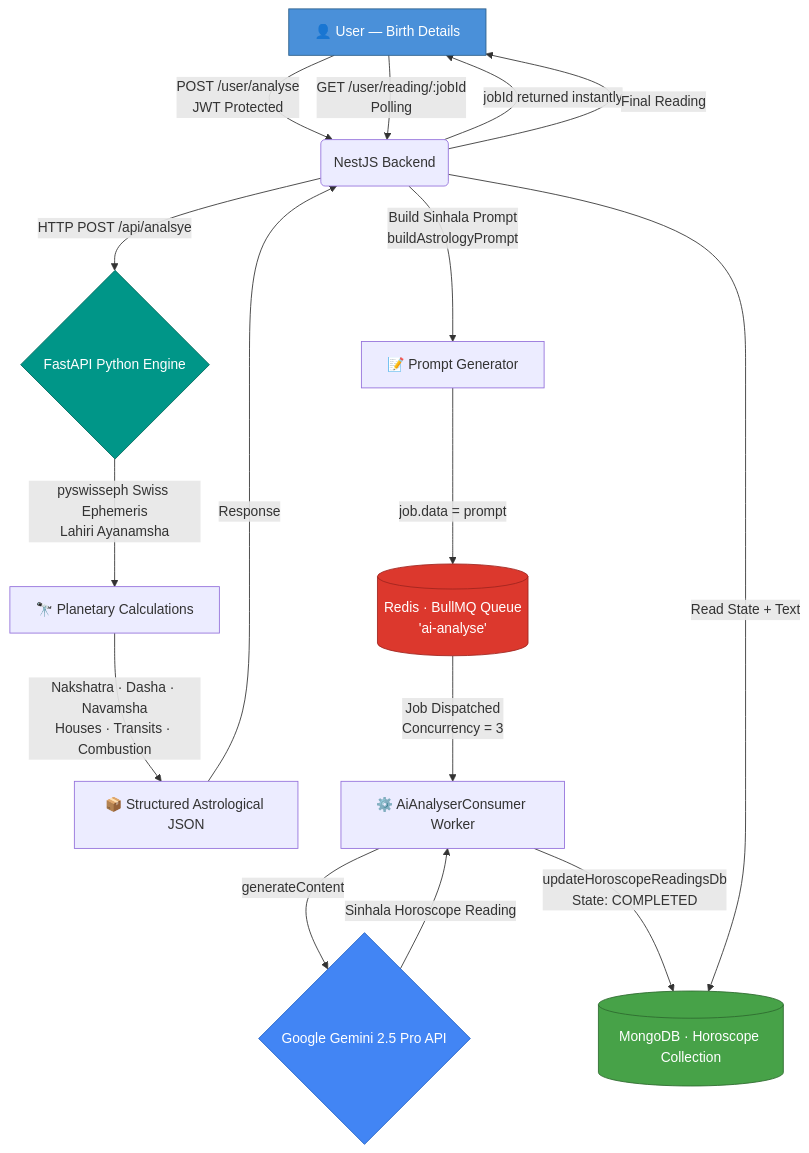
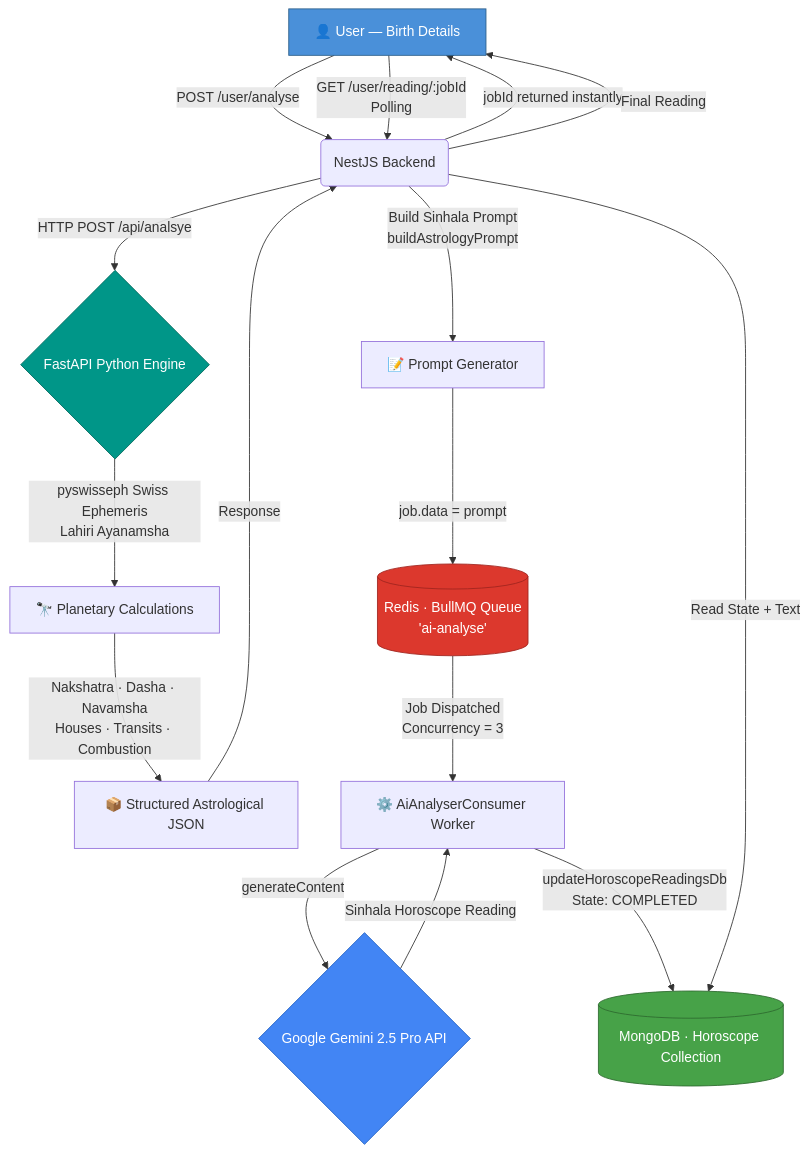
Before and after one commit to dumidulkdev/Hadahana: the diagram in README.md, drawn with Mermaid. The commit also changed other lines of this file and 28 other files, not shown here.

````diff
--- a/README.md
+++ b/README.md
@@ -36,29 +36,29 @@
 ```mermaid
 flowchart TD
-    A["👤 User — Birth Details"] -->|"POST /user/analyse\nJWT Protected"| B("NestJS Backend")
+    A["👤 User — Birth Details"] -->|"POST /user/analyse"| B("NestJS Backend")
 
     B -->|"HTTP POST /api/analsye"| C{"FastAPI Python Engine"}
     C -->|"pyswisseph Swiss Ephemeris\nLahiri Ayanamsha"| D["🔭 Planetary Calculations"]
     D -->|"Nakshatra · Dasha · Navamsha\nHouses · Transits · Combustion"| E["📦 Structured Astrological JSON"]
     E -->|Response| B
 
     B -->|"Build Sinhala Prompt\nbuildAstrologyPrompt"| F["📝 Prompt Generator"]
     F -->|"job.data = prompt"| G[("Redis · BullMQ Queue\n'ai-analyse'")]
     G -->|"Job Dispatched\nConcurrency = 3"| H["⚙️ AiAnalyserConsumer Worker"]
 
     H -->|generateContent| I{"Google Gemini 2.5 Pro API"}
     I -->|"Sinhala Horoscope Reading"| H
 
     H -->|"updateHoroscopeReadingsDb\nState: COMPLETED"| J[("MongoDB · Horoscope Collection")]
 
     B -->|"jobId returned instantly"| A
     A -->|"GET /user/reading/:jobId\nPolling"| B
     B -->|"Read State + Text"| J
     B -->|"Final Reading"| A
 
     style A fill:#4A90D9,stroke:#2C5F8A,color:#fff
     style I fill:#4285F4,stroke:#1A5DC4,color:#fff
     style G fill:#DC382D,stroke:#A0251F,color:#fff
     style J fill:#47A248,stroke:#2E6B2F,color:#fff
     style C fill:#009688,stroke:#00695C,color:#fff
 ```
````
